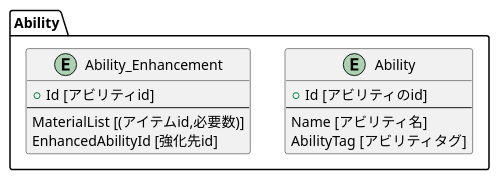
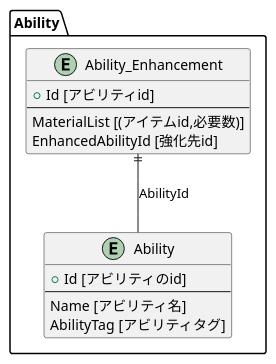
The diagram in Document/Internal Design/All/ER_Ability.pu (shutouyusei/MagicKnight), drawn with PlantUML before and after one commit. The commit also changed 2 other files, not shown here.

```diff
--- a/Document/Internal Design/All/ER_Ability.pu
+++ b/Document/Internal Design/All/ER_Ability.pu
@@ -1,19 +1,20 @@
 @startuml
 package Ability
 {
     entity "Ability"
     {
         +Id [アビリティのid]
         ---
         Name [アビリティ名]
         AbilityTag [アビリティタグ]
     }
     entity "Ability_Enhancement"
     {
         +Id [アビリティid]
         ---
         MaterialList [(アイテムid,必要数)]
         EnhancedAbilityId [強化先id]
     }
+    Ability_Enhancement ||--Ability : AbilityId
 }
 @enduml
```
